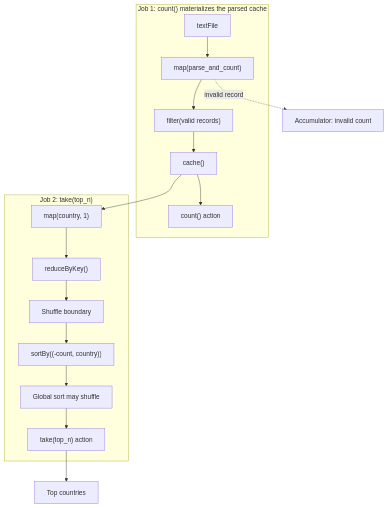
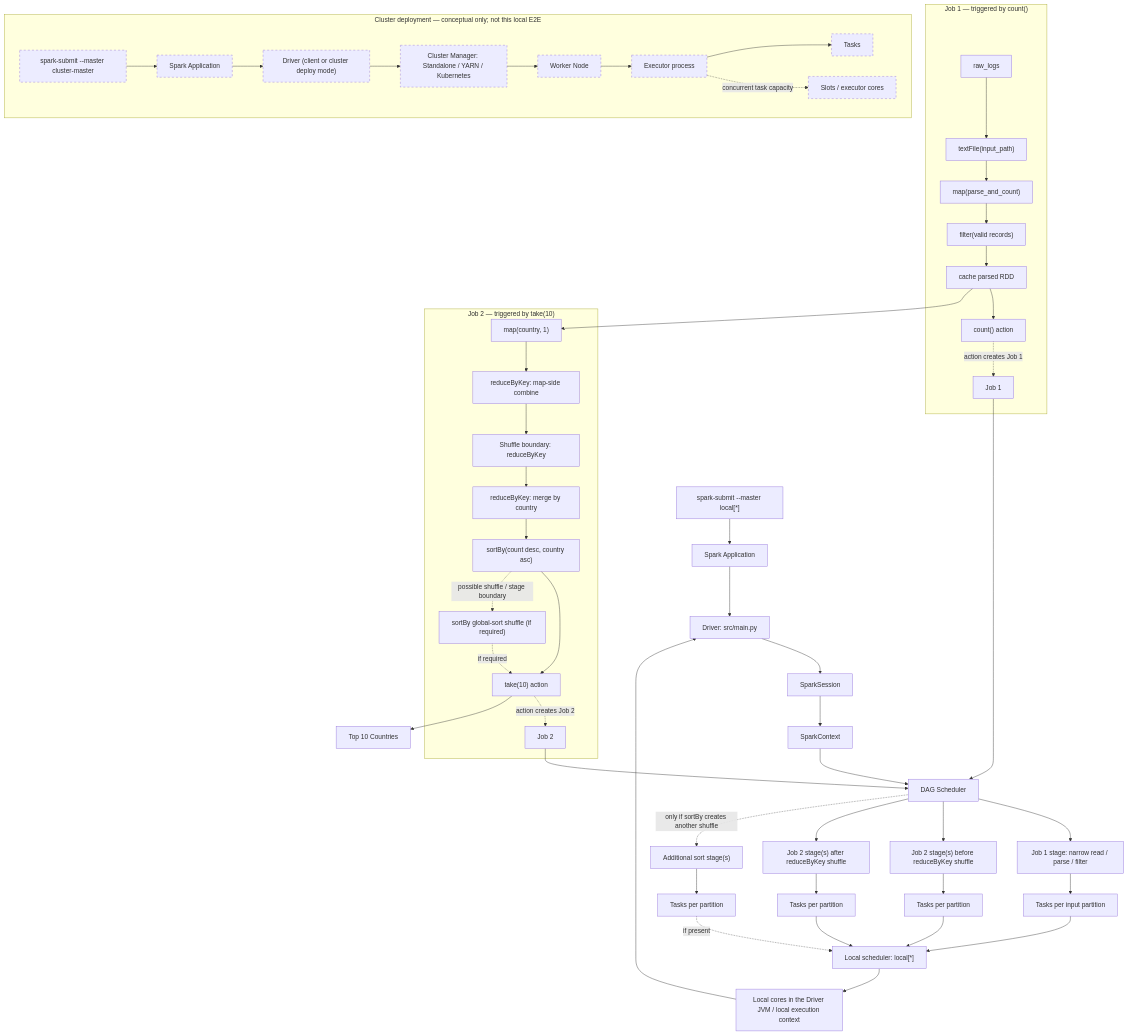
The diagram in docs/spark_architecture.md (michbinh/bigdata-spark-project-group-3), drawn with Mermaid before and after one commit. The commit also changed other lines of this file and 1 other file, not shown here.

Commit message:
docs(id5): complete Spark runtime architecture diagram

````diff
--- a/docs/spark_architecture.md
+++ b/docs/spark_architecture.md
@@ -25,21 +7,60 @@
 ```mermaid
 flowchart TD
-    subgraph Job1["Job 1: count() materializes the parsed cache"]
-        Text[textFile] --> Parse["map(parse_and_count)"]
+    Submit["spark-submit --master local[*]"] --> Application["Spark Application"]
+    Application --> Driver["Driver: src/main.py"]
+    Driver --> Session["SparkSession"]
+    Session --> Context["SparkContext"]
+    Context --> Scheduler["DAG Scheduler"]
+
+    subgraph Job1["Job 1 — triggered by count()"]
+        Raw["raw_logs"] --> TextFile["textFile(input_path)"]
+        TextFile --> Parse["map(parse_and_count)"]
         Parse --> Filter["filter(valid records)"]
-        Filter --> Cache["cache()"]
+        Filter --> Cache["cache parsed RDD"]
         Cache --> Count["count() action"]
+        Count -. "action creates Job 1" .-> CountJob["Job 1"]
+    end
+    CountJob --> Scheduler
+    Scheduler --> J1Stage["Job 1 stage: narrow read / parse / filter"]
+    J1Stage --> J1Tasks["Tasks per input partition"]
+
+    subgraph Job2["Job 2 — triggered by take(10)"]
+        Cache --> Country["map(country, 1)"]
+        Country --> ReduceMap["reduceByKey: map-side combine"]
+        ReduceMap --> ReduceShuffle["Shuffle boundary: reduceByKey"]
+        ReduceShuffle --> ReduceMerge["reduceByKey: merge by country"]
+        ReduceMerge --> Sort["sortBy(count desc, country asc)"]
+        Sort --> Take["take(10) action"]
+        Sort -. "possible shuffle / stage boundary" .-> SortShuffle["sortBy global-sort shuffle (if required)"]
+        SortShuffle -. "if required" .-> Take
+        Take -. "action creates Job 2" .-> TakeJob["Job 2"]
+    end
+    TakeJob --> Scheduler
+    Scheduler --> J2Before["Job 2 stage(s) before reduceByKey shuffle"]
+    J2Before --> J2BeforeTasks["Tasks per partition"]
+    Scheduler --> J2After["Job 2 stage(s) after reduceByKey shuffle"]
+    J2After --> J2AfterTasks["Tasks per partition"]
+    Scheduler -. "only if sortBy creates another shuffle" .-> J2SortStage["Additional sort stage(s)"]
+    J2SortStage --> J2SortTasks["Tasks per partition"]
+    Take --> TopCountries["Top 10 Countries"]
+
+    J1Tasks --> LocalScheduler["Local scheduler: local[*]"]
+    J2BeforeTasks --> LocalScheduler
+    J2AfterTasks --> LocalScheduler
+    J2SortTasks -. "if present" .-> LocalScheduler
+    LocalScheduler --> LocalExecution["Local cores in the Driver JVM / local execution context"]
+    LocalExecution --> Driver
+
+    subgraph ClusterConcept["Cluster deployment — conceptual only; not this local E2E"]
+        ClusterSubmit["spark-submit --master cluster-master"] --> ClusterApp["Spark Application"]
+        ClusterApp --> ClusterDriver["Driver (client or cluster deploy mode)"]
+        ClusterDriver --> ClusterManager["Cluster Manager: Standalone / YARN / Kubernetes"]
+        ClusterManager --> Worker["Worker Node"]
+        Worker --> Executor["Executor process"]
+        Executor --> ClusterTasks["Tasks"]
+        Executor -. "concurrent task capacity" .-> Slots["Slots / executor cores"]
     end
 
-    subgraph Job2["Job 2: take(top_n)"]
-        Cache --> Pair["map(country, 1)"]
-        Pair --> Reduce["reduceByKey()"]
-        Reduce --> ReduceShuffle["Shuffle boundary"]
-        ReduceShuffle --> Sort["sortBy((-count, country))"]
-        Sort --> SortShuffle["Global sort may shuffle"]
-        SortShuffle --> Take["take(top_n) action"]
-    end
-
-    Parse -. "invalid record" .-> Acc["Accumulator: invalid count"]
-    Take --> Output["Top countries"]
+    classDef conceptual stroke-dasharray: 5 5
+    class ClusterSubmit,ClusterApp,ClusterDriver,ClusterManager,Worker,Executor,ClusterTasks,Slots conceptual
 ```
````
